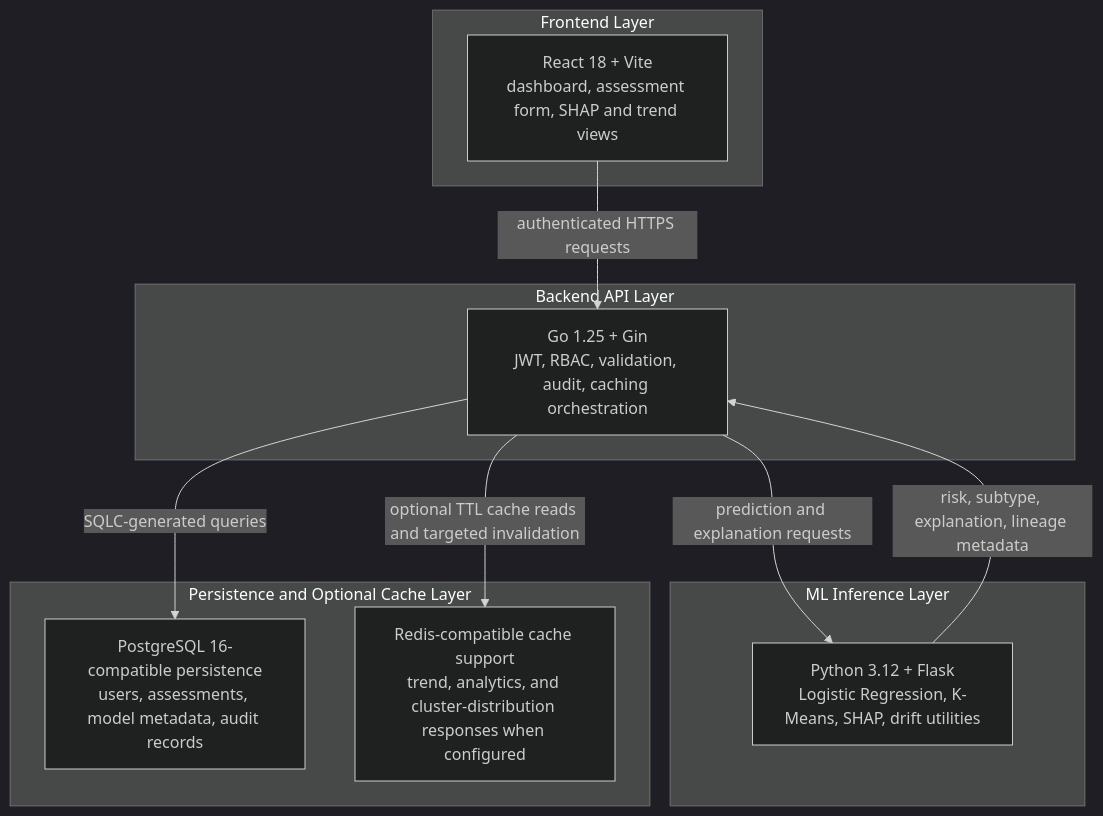
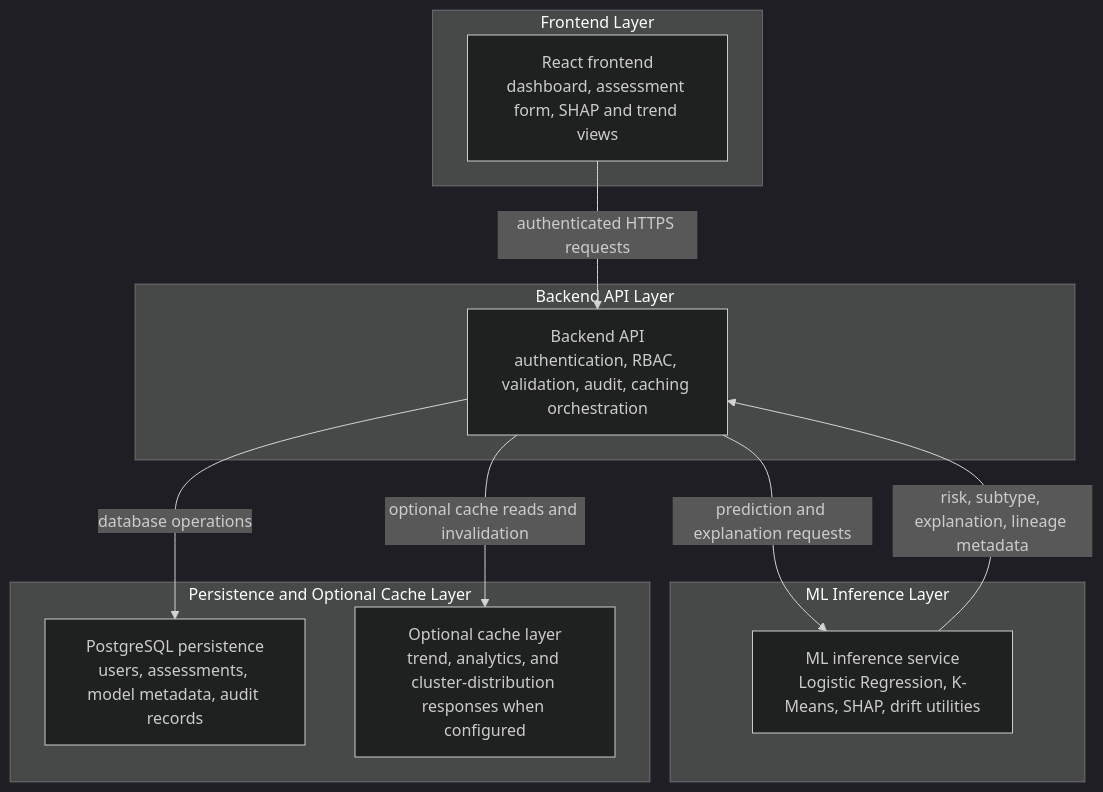
The fourth of 5 diagrams in docs/07-research/thesis-drafts/ch3+4-final-academic-draft.md (Skufu/DianaV2), drawn with Mermaid (dark theme) before and after one commit. The commit also changed other lines of this file, not shown here.

Commit message:
Refine thesis architecture section

````diff
--- a/docs/07-research/thesis-drafts/ch3+4-final-academic-draft.md
+++ b/docs/07-research/thesis-drafts/ch3+4-final-academic-draft.md
@@ -323,25 +323,25 @@
 ```mermaid
 flowchart TB
     subgraph Client["Frontend Layer"]
-        A["React 18 + Vite<br/>dashboard, assessment form, SHAP and trend views"]
+        A["React frontend<br/>dashboard, assessment form, SHAP and trend views"]
     end
 
     subgraph API["Backend API Layer"]
-        B["Go 1.25 + Gin<br/>JWT, RBAC, validation, audit, caching orchestration"]
+        B["Backend API<br/>authentication, RBAC, validation, audit, caching orchestration"]
     end
 
     subgraph ML["ML Inference Layer"]
-        C["Python 3.12 + Flask<br/>Logistic Regression, K-Means, SHAP, drift utilities"]
+        C["ML inference service<br/>Logistic Regression, K-Means, SHAP, drift utilities"]
     end
 
     subgraph Data["Persistence and Optional Cache Layer"]
-        D["PostgreSQL 16-compatible persistence<br/>users, assessments, model metadata, audit records"]
-        E["Redis-compatible cache support<br/>trend, analytics, and cluster-distribution responses when configured"]
+        D["PostgreSQL persistence<br/>users, assessments, model metadata, audit records"]
+        E["Optional cache layer<br/>trend, analytics, and cluster-distribution responses when configured"]
     end
 
     A -->|"authenticated HTTPS requests"| B
     B -->|"prediction and explanation requests"| C
     C -->|"risk, subtype, explanation, lineage metadata"| B
-    B -->|"SQLC-generated queries"| D
-    B -->|"optional TTL cache reads and targeted invalidation"| E
+    B -->|"database operations"| D
+    B -->|"optional cache reads and invalidation"| E
 ```
````
